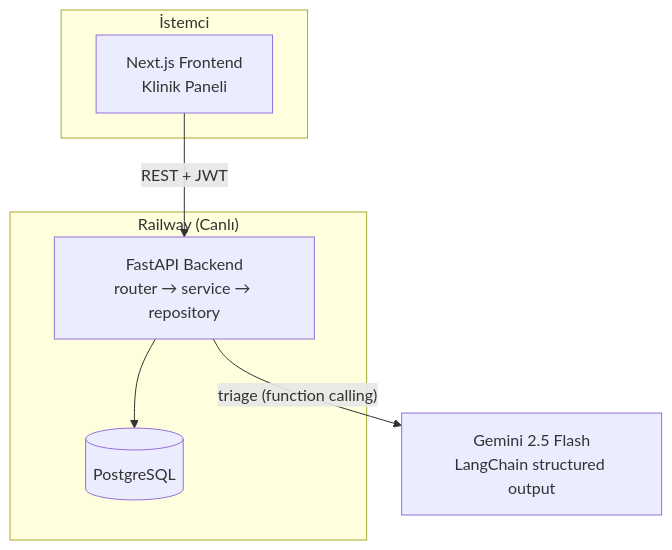
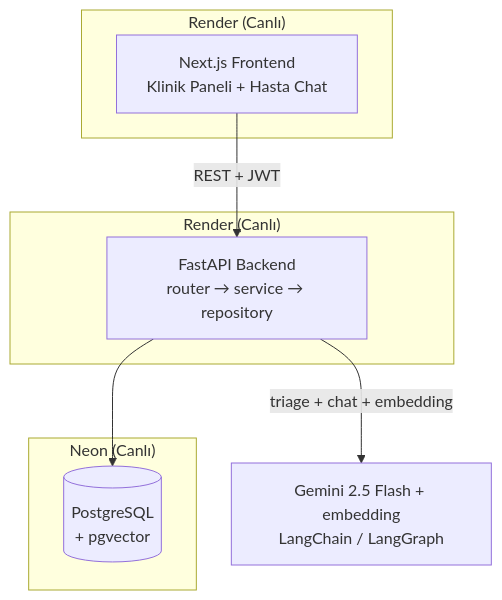
Before and after one commit to cancrpcoglu/CarePilot: the first of 3 diagrams in README.md, drawn with Mermaid. The commit also changed other lines of this file and 1 other file, not shown here.

First line of the commit message:
docs: Sprint 3'ü tamamla — canlı Render+Neon, yeni özellikler, demo script

````diff
--- a/README.md
+++ b/README.md
@@ -59,15 +67,17 @@
 ```mermaid
 flowchart TB
-    subgraph client["İstemci"]
-      FE["Next.js Frontend<br/>Klinik Paneli"]
+    subgraph render_fe["Render (Canlı)"]
+      FE["Next.js Frontend<br/>Klinik Paneli + Hasta Chat"]
     end
-    subgraph railway["Railway (Canlı)"]
+    subgraph render_be["Render (Canlı)"]
       BE["FastAPI Backend<br/>router → service → repository"]
-      DB[("PostgreSQL")]
     end
-    AI["Gemini 2.5 Flash<br/>LangChain structured output"]
+    subgraph neon["Neon (Canlı)"]
+      DB[("PostgreSQL<br/>+ pgvector")]
+    end
+    AI["Gemini 2.5 Flash + embedding<br/>LangChain / LangGraph"]
 
     FE -->|"REST + JWT"| BE
     BE --> DB
-    BE -->|"triage (function calling)"| AI
+    BE -->|"triage + chat + embedding"| AI
 ```
````
